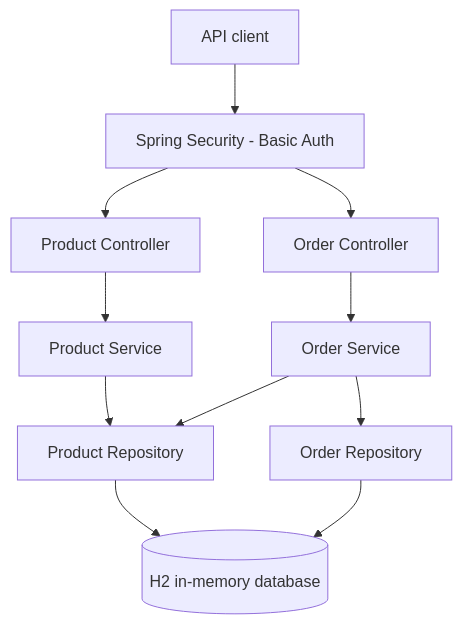
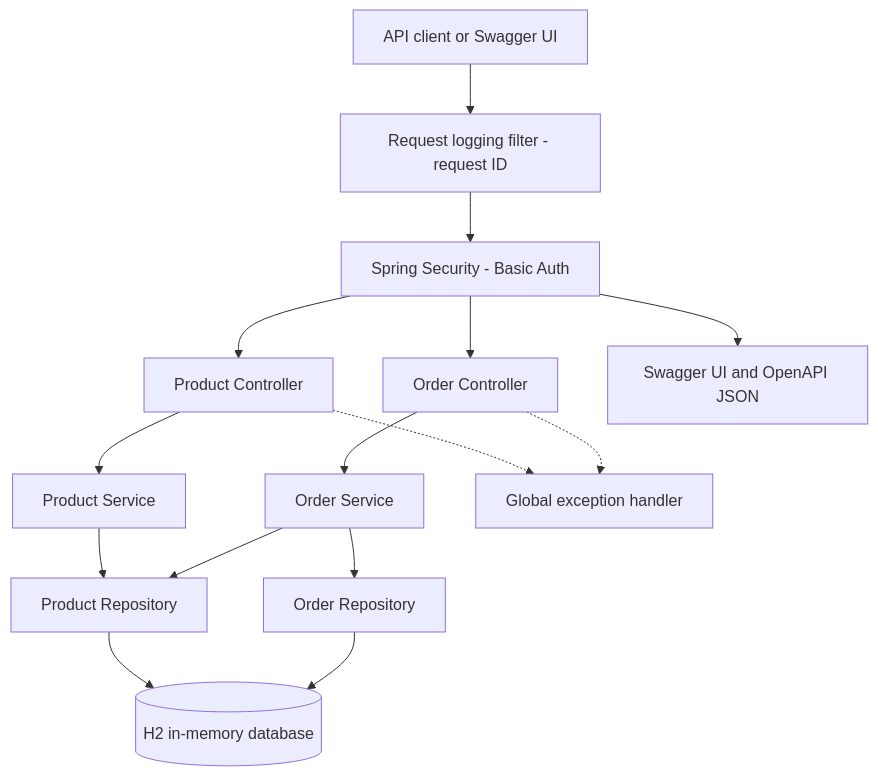
Before and after one commit to viljoencor/order-management-microservice: the first of 2 diagrams in README.md, drawn with Mermaid. The commit also changed other lines of this file and 9 other files, not shown here.

Commit message:
add request logging and OpenAPI documentation

````diff
--- a/README.md
+++ b/README.md
@@ -38,13 +39,17 @@
 ```mermaid
 flowchart TD
-    Client[API client] --> Security[Spring Security - Basic Auth]
+    Client[API client or Swagger UI] --> Log[Request logging filter - request ID]
+    Log --> Security[Spring Security - Basic Auth]
     Security --> PC[Product Controller]
     Security --> OC[Order Controller]
+    Security --> Docs[Swagger UI and OpenAPI JSON]
     PC --> PS[Product Service]
     OC --> OS[Order Service]
     PS --> PR[Product Repository]
     OS --> PR
     OS --> OR[Order Repository]
     PR --> H2[(H2 in-memory database)]
     OR --> H2
+    PC -.-> EH[Global exception handler]
+    OC -.-> EH
 ```
````
